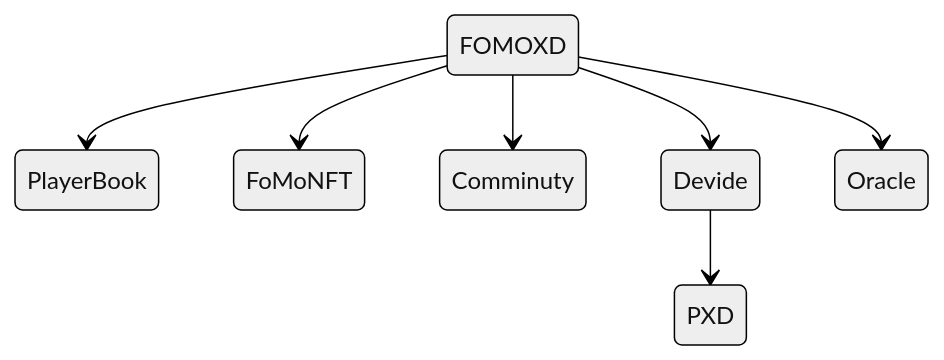
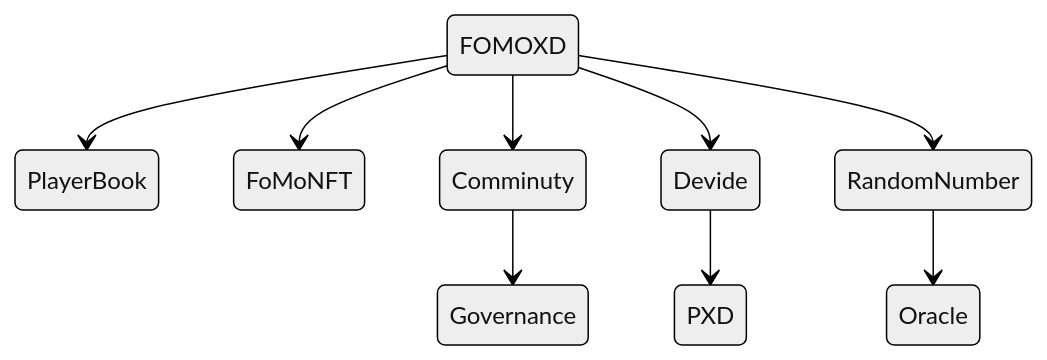
The third of 6 diagrams in README.md (0x171-0/FoMoXD), drawn with Mermaid (neutral theme) before and after one commit. The commit also changed other lines of this file and 3 other files, not shown here.

````diff
--- a/README.md
+++ b/README.md
@@ -91,10 +91,12 @@
 ```mermaid
     stateDiagram-v2
       FOMOXD --> PlayerBook
       FOMOXD --> FoMoNFT
-      FOMOXD --> Comminuty
+      FOMOXD --> Comminuty 
+      Comminuty --> Governance
       FOMOXD --> Devide
       Devide --> PXD
-      FOMOXD --> Oracle
+      FOMOXD --> RandomNumber
+      RandomNumber --> Oracle
 
 ```
````
